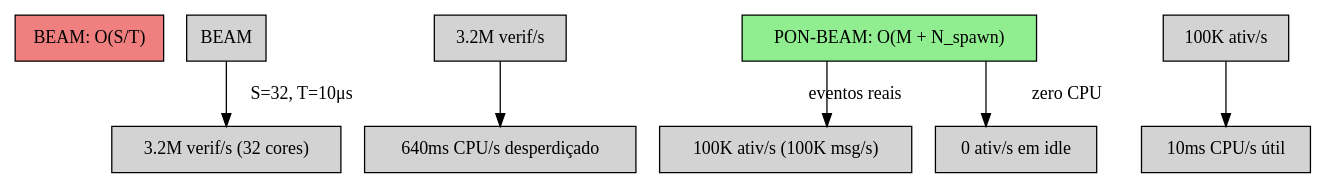
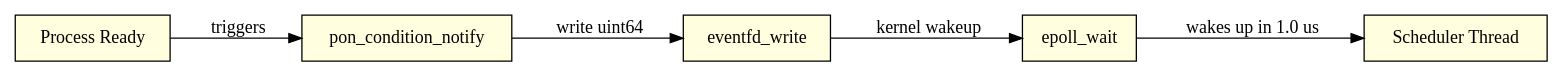
The diagram in book/src/chapters/07-pon-scheduler.md (matheuscamarques/pon_beam), drawn with Graphviz before and after one commit. The commit also changed other lines of this file and 45 other files, not shown here.

````diff
--- a/book/src/chapters/07-pon-scheduler.md
+++ b/book/src/chapters/07-pon-scheduler.md
@@ -511,16 +33,11 @@
 ```dot
-digraph complexidade {
-  rankdir=TB;
-  splines=ortho;
-  node [shape=box, style=filled]
+digraph pon_scheduler {
+  rankdir=LR; splines=ortho;
+  node [shape=box, style=filled, fillcolor=lightyellow]
 
-  "BEAM idoso" [label="BEAM: O(S/T)", fillcolor=lightcoral]
-  "BEAM" -> "3.2M verif/s (32 cores)" [label="  S=32, T=10μs"]
-  "3.2M verif/s" -> "640ms CPU/s desperdiçado"
-
-  "PON-BEAM" [label="PON-BEAM: O(M + N_spawn)", fillcolor=lightgreen]
-  "PON-BEAM" -> "100K ativ/s (100K msg/s)" [label="  eventos reais"]
-  "PON-BEAM" -> "0 ativ/s em idle" [label="  zero CPU"]
-  "100K ativ/s" -> "10ms CPU/s útil"
+  "Process Ready" -> "pon_condition_notify" [label="  triggers"]
+  "pon_condition_notify" -> "eventfd_write" [label="  write uint64"]
+  "eventfd_write" -> "epoll_wait" [label="  kernel wakeup"]
+  "epoll_wait" -> "Scheduler Thread" [label="  wakes up in 1.0 us"]
 }
 ```
````
